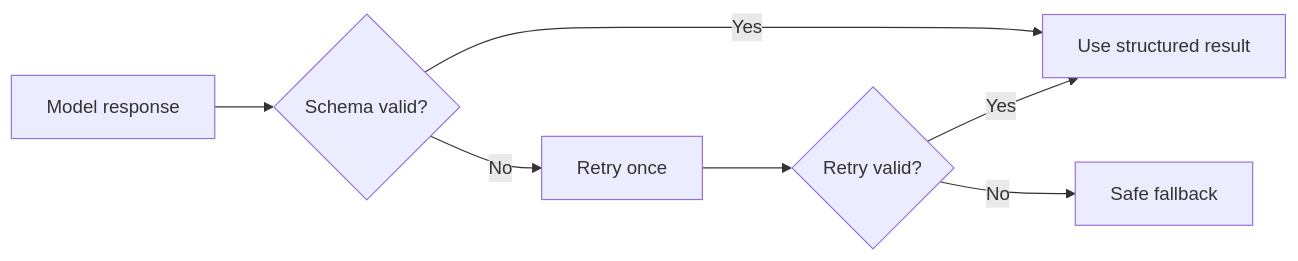
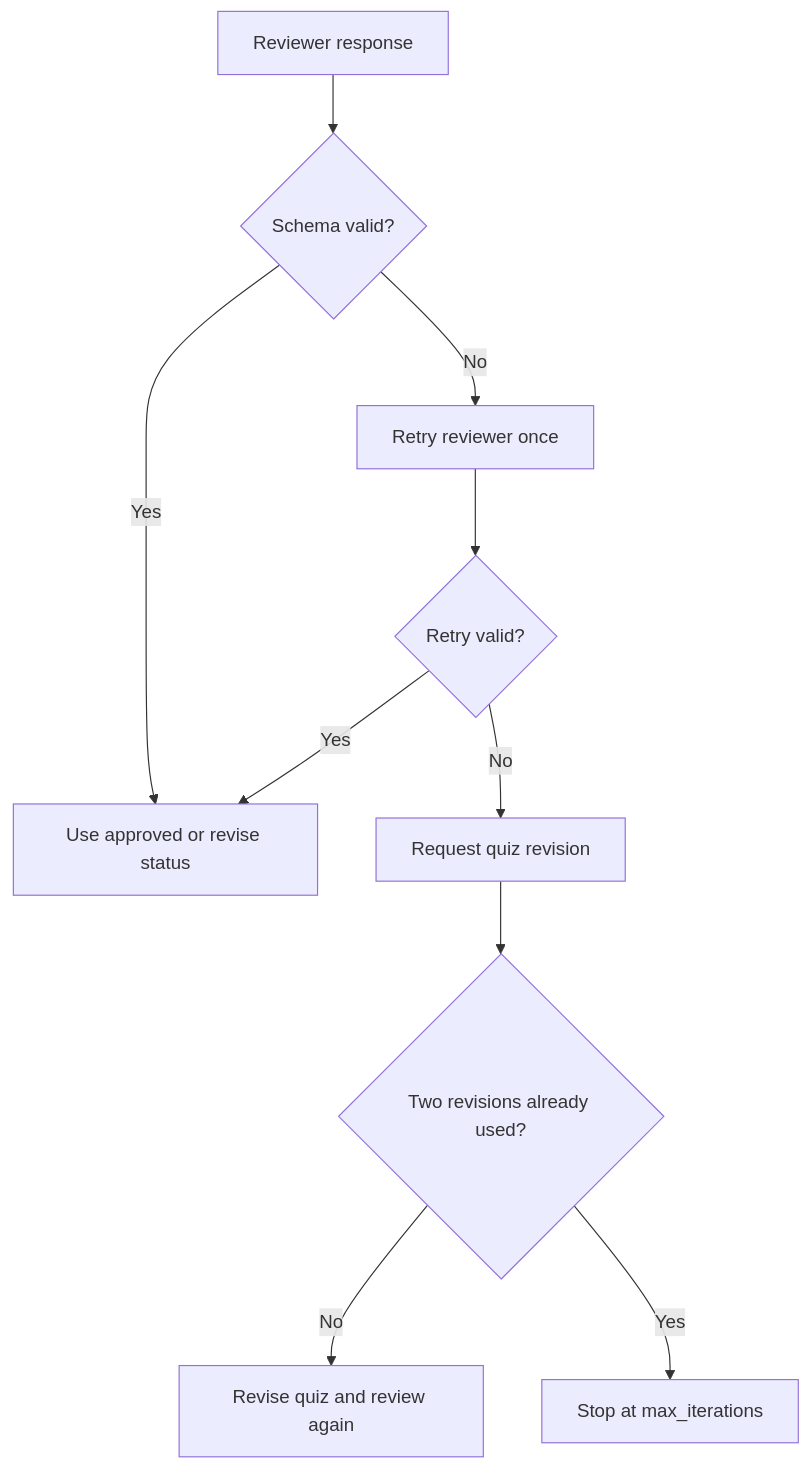
Before and after one commit to anne500/multi-agent-study-guide: the tenth of 20 diagrams in docs/ARCHITECTURE.md, drawn with Mermaid. The commit also changed other lines of this file and 6 other files, not shown here.

Commit message:
Audit V1-V17 architecture and correct documented control flow

````diff
--- a/docs/ARCHITECTURE.md
+++ b/docs/ARCHITECTURE.md
@@ -172,9 +174,12 @@
 ```mermaid
-flowchart LR
-    A[Model response] --> B{Schema valid?}
-    B -->|Yes| C[Use structured result]
-    B -->|No| D[Retry once]
+flowchart TD
+    A[Reviewer response] --> B{Schema valid?}
+    B -->|Yes| C[Use approved or revise status]
+    B -->|No| D[Retry reviewer once]
     D --> E{Retry valid?}
     E -->|Yes| C
-    E -->|No| F[Safe fallback]
+    E -->|No| F[Request quiz revision]
+    F --> G{Two revisions already used?}
+    G -->|No| H[Revise quiz and review again]
+    G -->|Yes| I[Stop at max_iterations]
 ```
````
